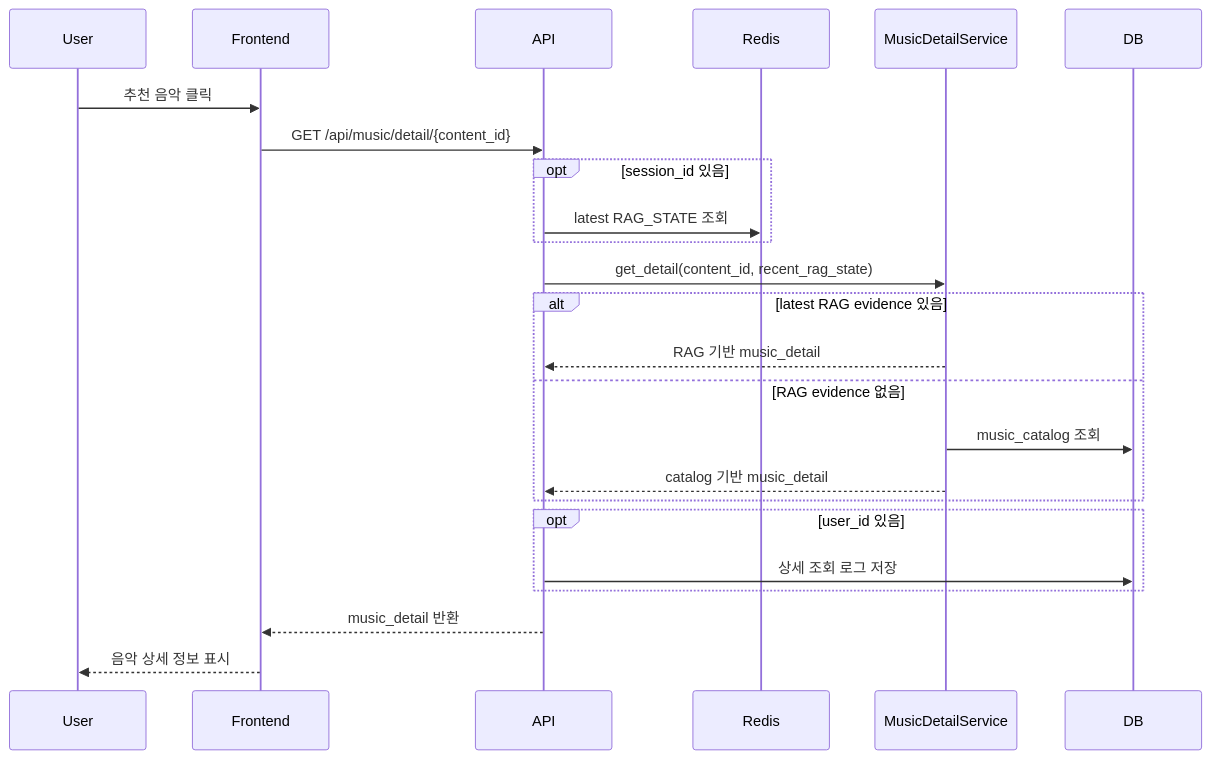
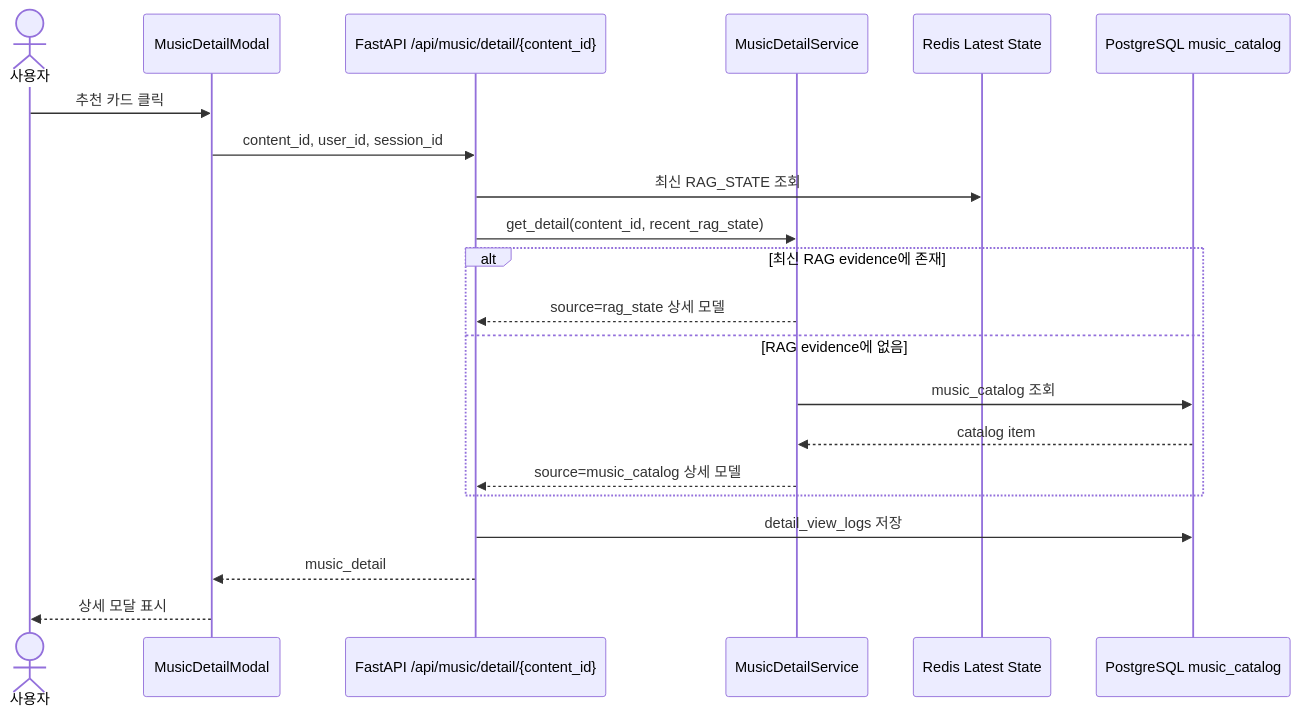
Before and after one commit to SKNETWORKS-FAMILY-AICAMP/SKN27-3rd-2TEAM: the tenth of 12 diagrams in README.md, drawn with Mermaid. The commit also changed other lines of this file and 35 other files, not shown here.

````diff
--- a/README.md
+++ b/README.md
@@ -422,27 +474,24 @@
 ```mermaid
 sequenceDiagram
-    participant User
-    participant Frontend
-    participant API
-    participant Redis
-    participant MusicDetailService
-    participant DB
+    actor User as 사용자
+    participant FE as MusicDetailModal
+    participant API as FastAPI /api/music/detail/{content_id}
+    participant SVC as MusicDetailService
+    participant Redis as Redis Latest State
+    participant PG as PostgreSQL music_catalog
 
-    User->>Frontend: 추천 음악 클릭
-    Frontend->>API: GET /api/music/detail/{content_id}
-    opt session_id 있음
-        API->>Redis: latest RAG_STATE 조회
+    User->>FE: 추천 카드 클릭
+    FE->>API: content_id, user_id, session_id
+    API->>Redis: 최신 RAG_STATE 조회
+    API->>SVC: get_detail(content_id, recent_rag_state)
+    alt 최신 RAG evidence에 존재
+        SVC-->>API: source=rag_state 상세 모델
+    else RAG evidence에 없음
+        SVC->>PG: music_catalog 조회
+        PG-->>SVC: catalog item
+        SVC-->>API: source=music_catalog 상세 모델
     end
-    API->>MusicDetailService: get_detail(content_id, recent_rag_state)
-    alt latest RAG evidence 있음
-        MusicDetailService-->>API: RAG 기반 music_detail
-    else RAG evidence 없음
-        MusicDetailService->>DB: music_catalog 조회
-        MusicDetailService-->>API: catalog 기반 music_detail
-    end
-    opt user_id 있음
-        API->>DB: 상세 조회 로그 저장
-    end
-    API-->>Frontend: music_detail 반환
-    Frontend-->>User: 음악 상세 정보 표시
+    API->>PG: detail_view_logs 저장
+    API-->>FE: music_detail
+    FE-->>User: 상세 모달 표시
 ```
````
